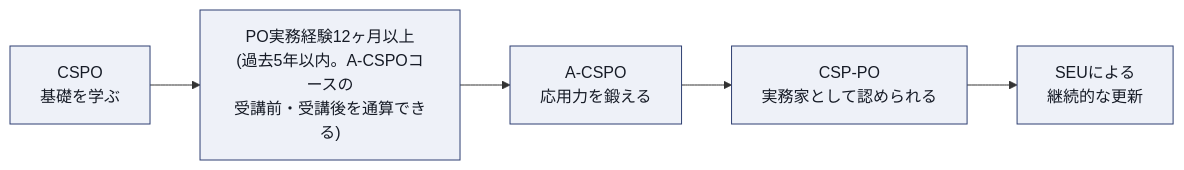
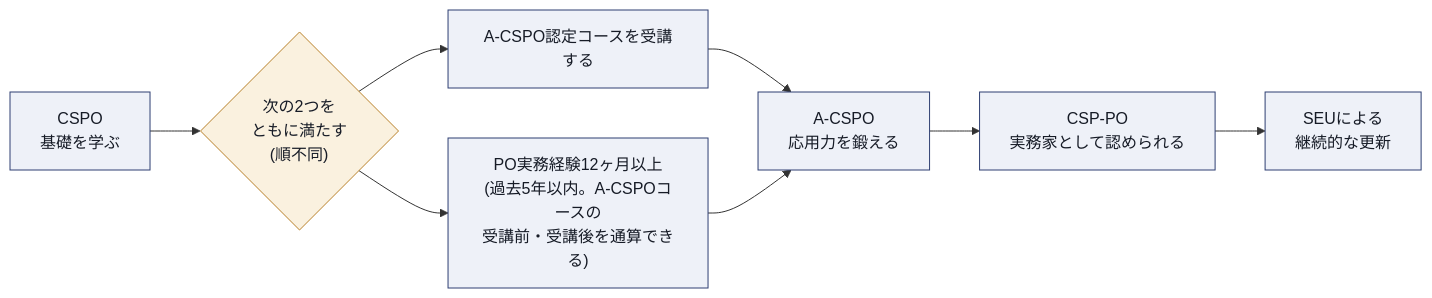
One commit to myoshi2891/Management-Team-Building-Studies changed the first of 17 diagrams in A-cspo-advanced-certified-scrum-product-owner-study-guide.md. Above: the diagram before and after it, drawn with Mermaid. The commit also changed other lines of this file, not shown here.

Commit message:
docs(a-cspo): 資格レベル表記・受験要件フロー・キャリアパス図を修正
- 資格レベルの表記を「中級」から「上級(Advanced)」に修正
- 受験要件フロー図をリファクタ: CSPO→直線→A-CSPO の誤解を招く表現を
  「次の2つをともに満たす(順不同)」分岐ゲート付きの並列フローに修正
- Tech Debtフロー: IP(改善対象)のスタイルをbad(青)からlearn(黄)に変更
  し、「学習余地あり」として視覚的に区別
- キャリアパス図のCTC/CEC注記を「現在の更新サイクルの間のみ表示」に修正
- 参考文献テーブルの末尾の余分な空白を除去

````diff
--- a/A-cspo-advanced-certified-scrum-product-owner-study-guide.md
+++ b/A-cspo-advanced-certified-scrum-product-owner-study-guide.md
@@ -51,10 +51,15 @@
 ```mermaid
 flowchart LR
-    A["CSPO<br/>基礎を学ぶ"] --> B["PO実務経験12ヶ月以上<br/>(過去5年以内。A-CSPOコースの<br/>受講前・受講後を通算できる)"]
-    B --> C["A-CSPO<br/>応用力を鍛える"]
+    A["CSPO<br/>基礎を学ぶ"] --> G{"次の2つを<br/>ともに満たす<br/>(順不同)"}
+    G --> R1["A-CSPO認定コースを受講する"]
+    G --> R2["PO実務経験12ヶ月以上<br/>(過去5年以内。A-CSPOコースの<br/>受講前・受講後を通算できる)"]
+    R1 --> C["A-CSPO<br/>応用力を鍛える"]
+    R2 --> C
     C --> D["CSP-PO<br/>実務家として認められる"]
     D --> E["SEUによる<br/>継続的な更新"]
 
     classDef step fill:#EEF1F8,stroke:#2E3F72,color:#161B26
-    class A,B,C,D,E step
+    classDef gate fill:#FAF1DF,stroke:#B8802A,color:#161B26
+    class A,R1,R2,C,D,E step
+    class G gate
 ```
````
